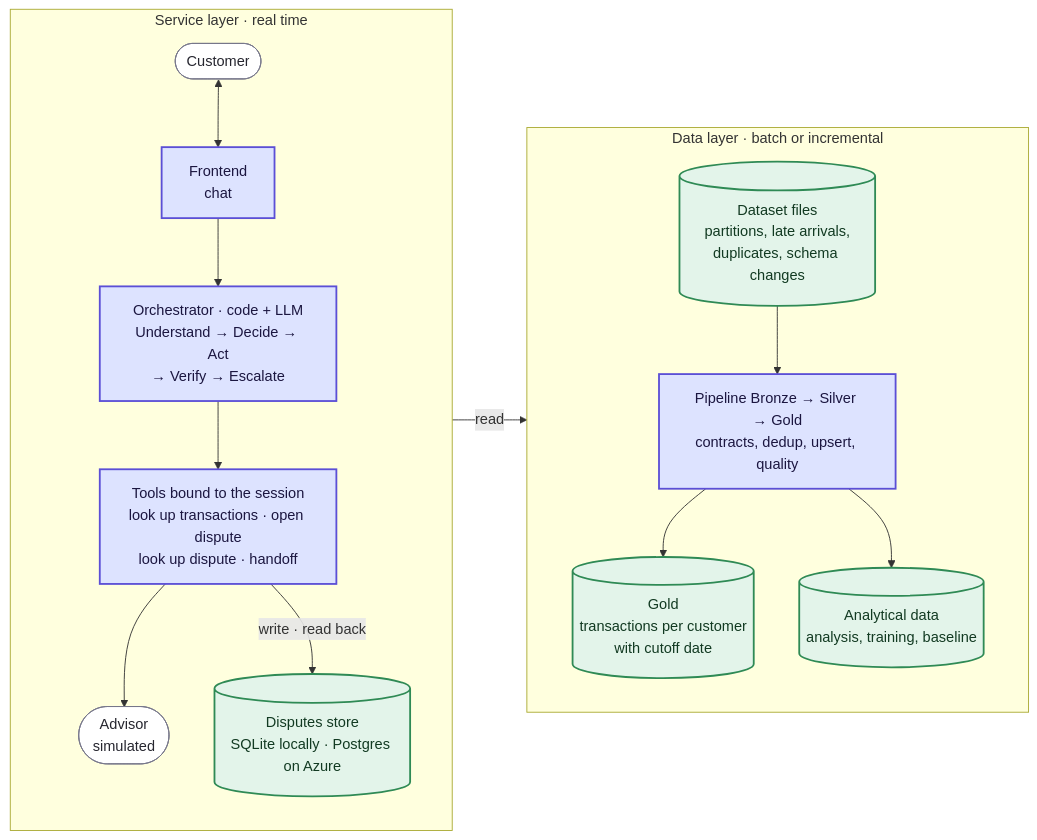
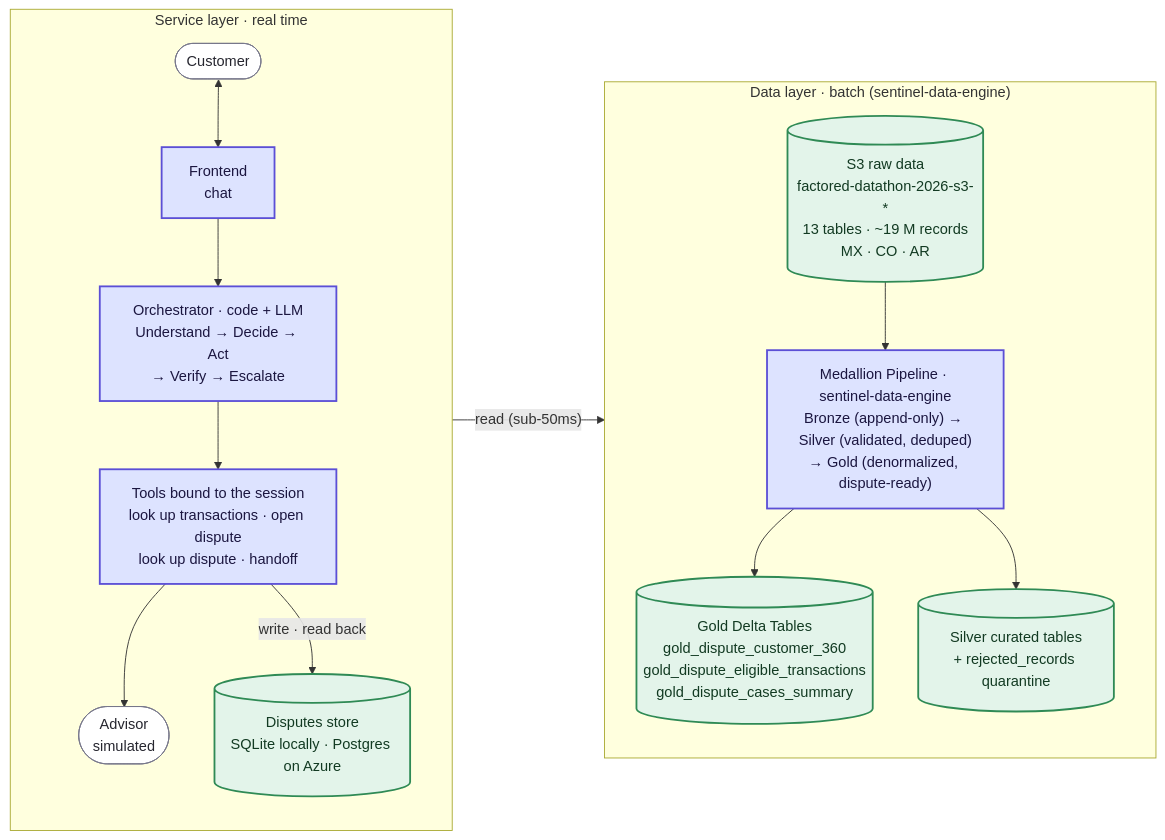
The first of 4 diagrams in docs/understand/architecture.md (rdorta27/factored-hackathon-2026-sentinel-engine), drawn with Mermaid before and after one commit. The commit also changed other lines of this file and 5 other files, not shown here.

Commit message:
align docs sentinel-data-engine

````diff
--- a/docs/understand/architecture.md
+++ b/docs/understand/architecture.md
@@ -13,27 +13,27 @@
 ```mermaid
 flowchart LR
     subgraph service["Service layer · real time"]
         direction TB
         client(["Customer"]) <--> frontend["Frontend<br/>chat"]
         frontend --> orch["Orchestrator · code + LLM<br/>Understand → Decide → Act<br/>→ Verify → Escalate"]
         orch --> tools["Tools bound to the session<br/>look up transactions · open dispute<br/>look up dispute · handoff"]
         tools --> advisor(["Advisor<br/>simulated"])
         tools -- "write · read back" --> disputes[("Disputes store<br/>SQLite locally · Postgres on Azure")]
     end
-    subgraph dataL["Data layer · batch or incremental"]
+    subgraph dataL["Data layer · batch (sentinel-data-engine)"]
         direction TB
-        files[("Dataset files<br/>partitions, late arrivals,<br/>duplicates, schema changes")] --> pipe["Pipeline Bronze → Silver → Gold<br/>contracts, dedup, upsert, quality"]
-        pipe --> gold[("Gold<br/>transactions per customer<br/>with cutoff date")]
-        pipe --> anstore[("Analytical data<br/>analysis, training, baseline")]
+        files[("S3 raw data<br/>factored-datathon-2026-s3-*<br/>13 tables · ~19 M records<br/>MX · CO · AR")] --> pipe["Medallion Pipeline · sentinel-data-engine<br/>Bronze (append-only) → Silver (validated, deduped)<br/>→ Gold (denormalized, dispute-ready)"]
+        pipe --> gold[("Gold Delta Tables<br/>gold_dispute_customer_360<br/>gold_dispute_eligible_transactions<br/>gold_dispute_cases_summary")]
+        pipe --> anstore[("Silver curated tables<br/>+ rejected_records quarantine")]
     end
-    tools -- "read" --> gold
+    tools -- "read (sub-50ms)" --> gold
 
     classDef real fill:#dde3ff,stroke:#5b4fd6,stroke-width:2px,color:#1b1640
     classDef mock fill:#ffe9c7,stroke:#c77d12,stroke-width:2px,stroke-dasharray:6 4,color:#3a2a00
     classDef store fill:#e3f4ea,stroke:#2f8a55,stroke-width:2px,color:#123a22
     classDef proposed fill:#f1f1f4,stroke:#77778a,stroke-width:2px,stroke-dasharray:4 3,color:#26262f
     classDef ext fill:#ffffff,stroke:#77778a,stroke-width:1px,color:#26262f
     class client,advisor ext
     class frontend,orch,tools,pipe real
     class files,gold,anstore,disputes store
 ```
````
